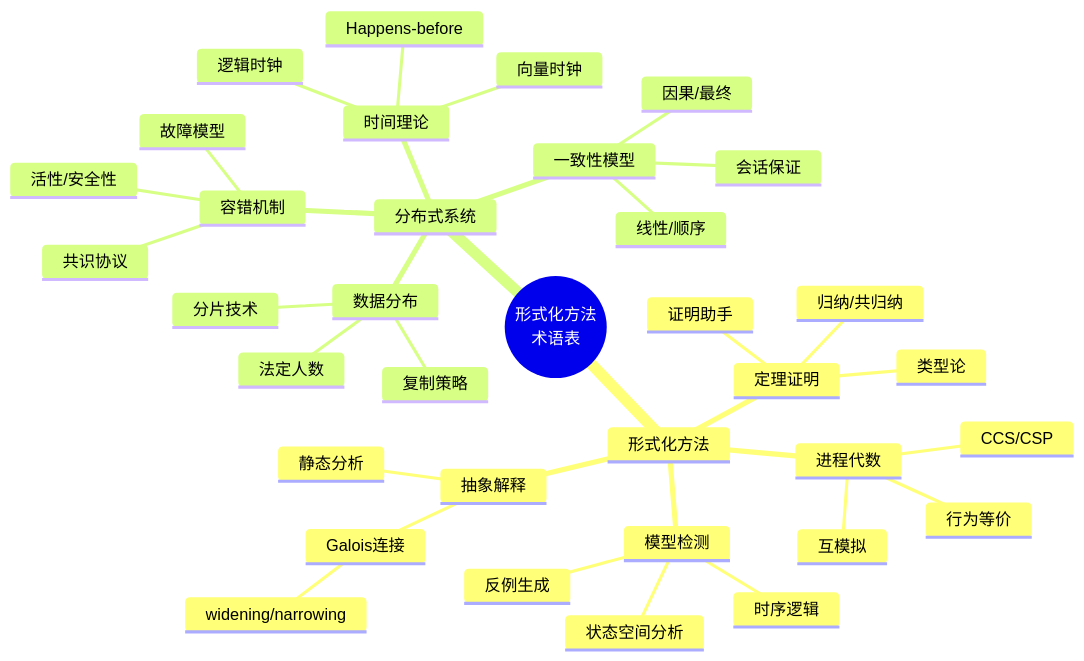
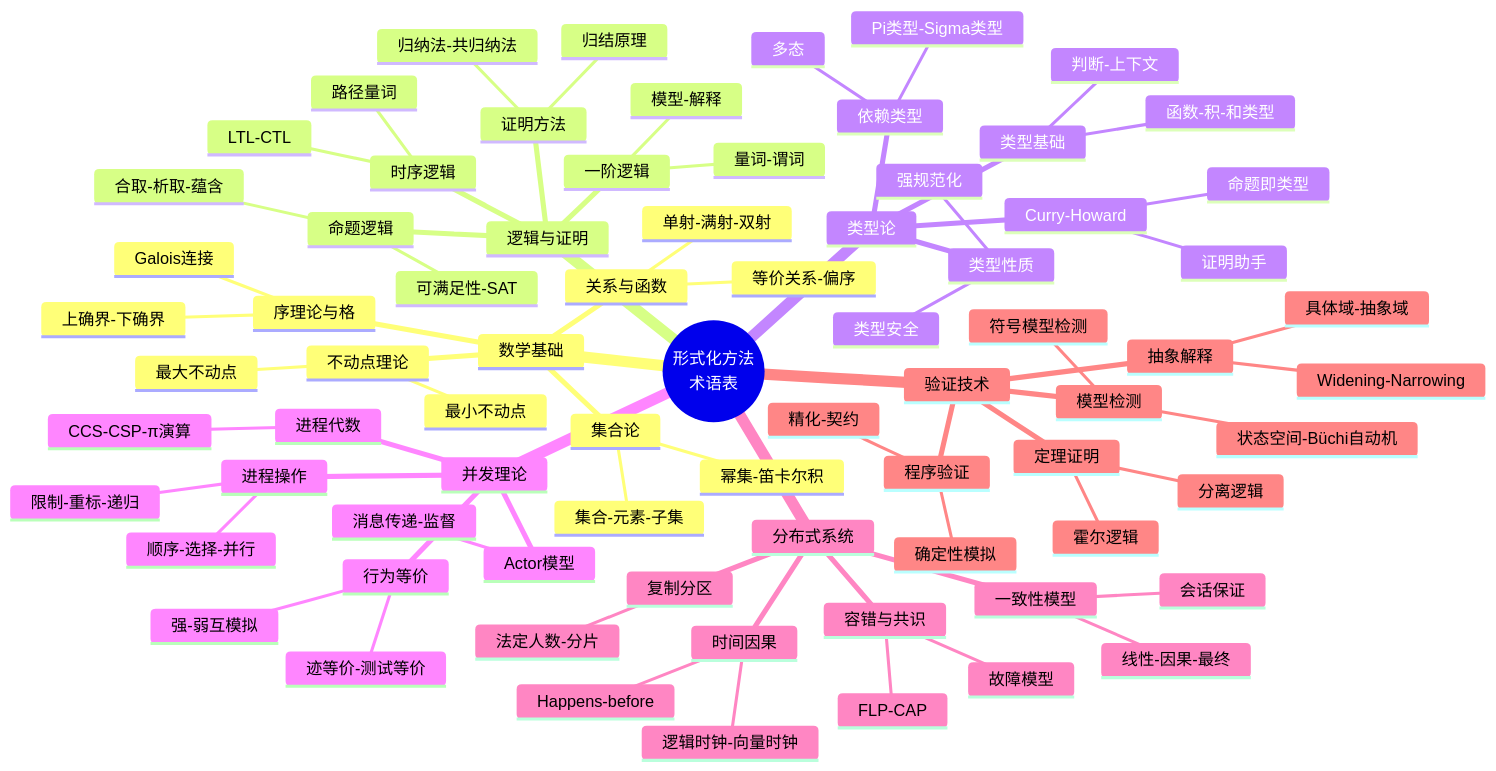
One commit to AdaMartin18010/AnalysisDataFlow changed the first of 3 diagrams in formal-methods/98-appendices/02-glossary.md. Above: the diagram before and after it, drawn with Mermaid. The commit also changed other lines of this file and 33 other files, not shown here.

````diff
--- a/formal-methods/98-appendices/02-glossary.md
+++ b/formal-methods/98-appendices/02-glossary.md
@@ -338,38 +1882,79 @@
 ```mermaid
 mindmap
   root((形式化方法<br/>术语表))
-    形式化方法
-      模型检测
-        状态空间分析
-        时序逻辑
-        反例生成
-      定理证明
+    数学基础
+      集合论
+        集合-元素-子集
+        幂集-笛卡尔积
+      关系与函数
+        等价关系-偏序
+        单射-满射-双射
+      序理论与格
+        上确界-下确界
+        Galois连接
+      不动点理论
+        最小不动点
+        最大不动点
+    逻辑与证明
+      命题逻辑
+        合取-析取-蕴含
+        可满足性-SAT
+      一阶逻辑
+        量词-谓词
+        模型-解释
+      证明方法
+        归纳法-共归纳法
+        归结原理
+      时序逻辑
+        LTL-CTL
+        路径量词
+    类型论
+      类型基础
+        函数-积-和类型
+        判断-上下文
+      依赖类型
+        Pi类型-Sigma类型
+        多态
+      类型性质
+        类型安全
+        强规范化
+      Curry-Howard
+        命题即类型
         证明助手
-        类型论
-        归纳/共归纳
+    并发理论
       进程代数
-        CCS/CSP
-        互模拟
-        行为等价
-      抽象解释
-        静态分析
-        Galois连接
-         widening/narrowing
+        CCS-CSP-π演算
+      进程操作
+        顺序-选择-并行
+        限制-重标-递归
+      行为等价
+        强-弱互模拟
+        迹等价-测试等价
+      Actor模型
+        消息传递-监督
     分布式系统
       一致性模型
-        线性/顺序
-        因果/最终
+        线性-因果-最终
         会话保证
-      容错机制
+      容错与共识
         故障模型
-        共识协议
-        活性/安全性
-      时间理论
-        逻辑时钟
-        向量时钟
+        FLP-CAP
+      时间因果
+        逻辑时钟-向量时钟
         Happens-before
-      数据分布
-        复制策略
-        分片技术
-        法定人数
+      复制分区
+        法定人数-分片
+    验证技术
+      模型检测
+        状态空间-Büchi自动机
+        符号模型检测
+      定理证明
+        霍尔逻辑
+        分离逻辑
+      抽象解释
+        具体域-抽象域
+        Widening-Narrowing
+      程序验证
+        精化-契约
+        确定性模拟
 ```
````
